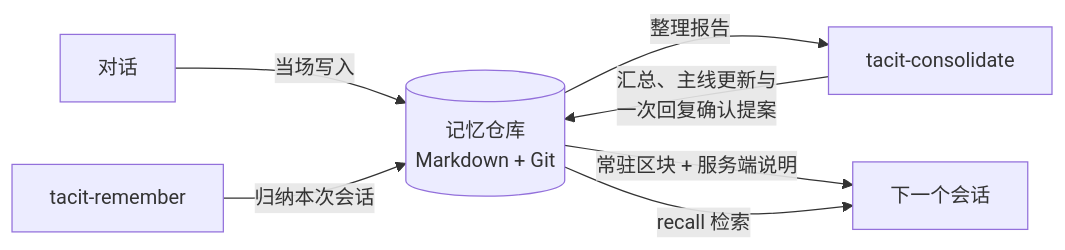
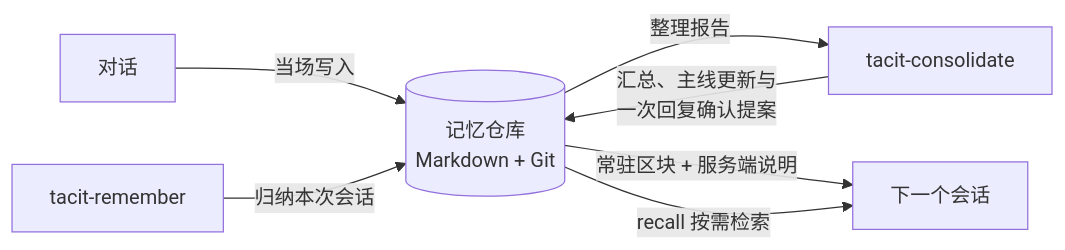
The diagram in README.zh-CN.md (kearril/tacit-memory), drawn with Mermaid before and after one commit. The commit also changed other lines of this file and 1 other file, not shown here.

````diff
--- a/README.zh-CN.md
+++ b/README.zh-CN.md
@@ -98,9 +180,9 @@
 ```mermaid
 flowchart LR
     Talk[对话] -->|当场写入| Mem[(记忆仓库<br>Markdown + Git)]
     Remember[tacit-remember] -->|归纳本次会话| Mem
     Mem -->|整理报告| Consolidate[tacit-consolidate]
     Consolidate -->|汇总、主线更新与<br>一次回复确认提案| Mem
     Mem -->|常驻区块 + 服务端说明| Session[下一个会话]
-    Mem -->|recall 检索| Session
+    Mem -->|recall 按需检索| Session
 ```
````
